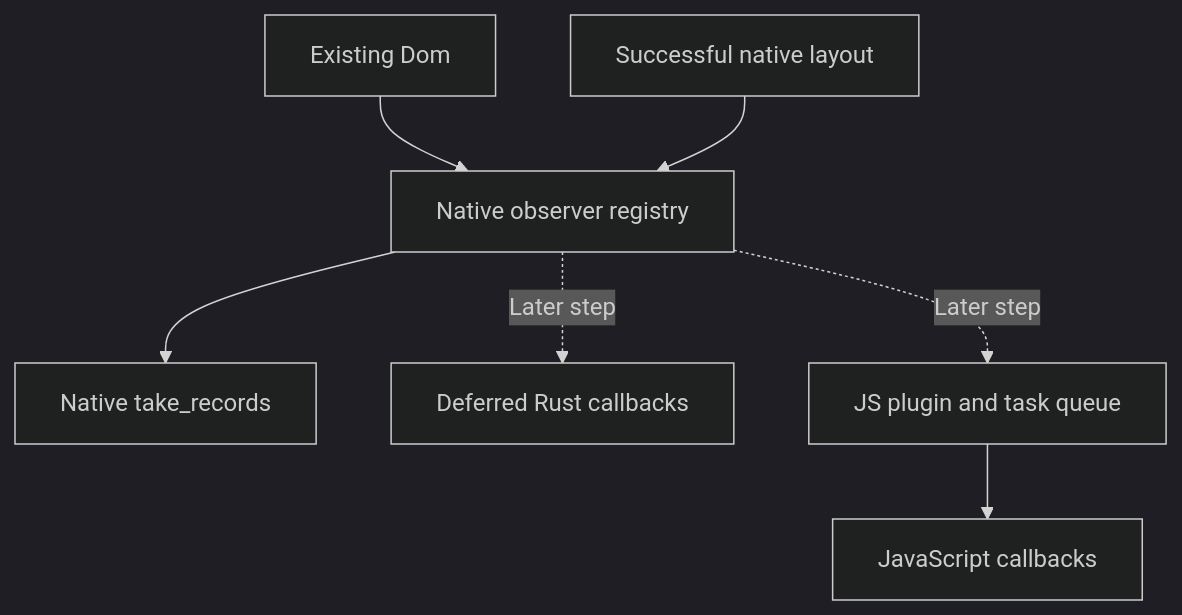
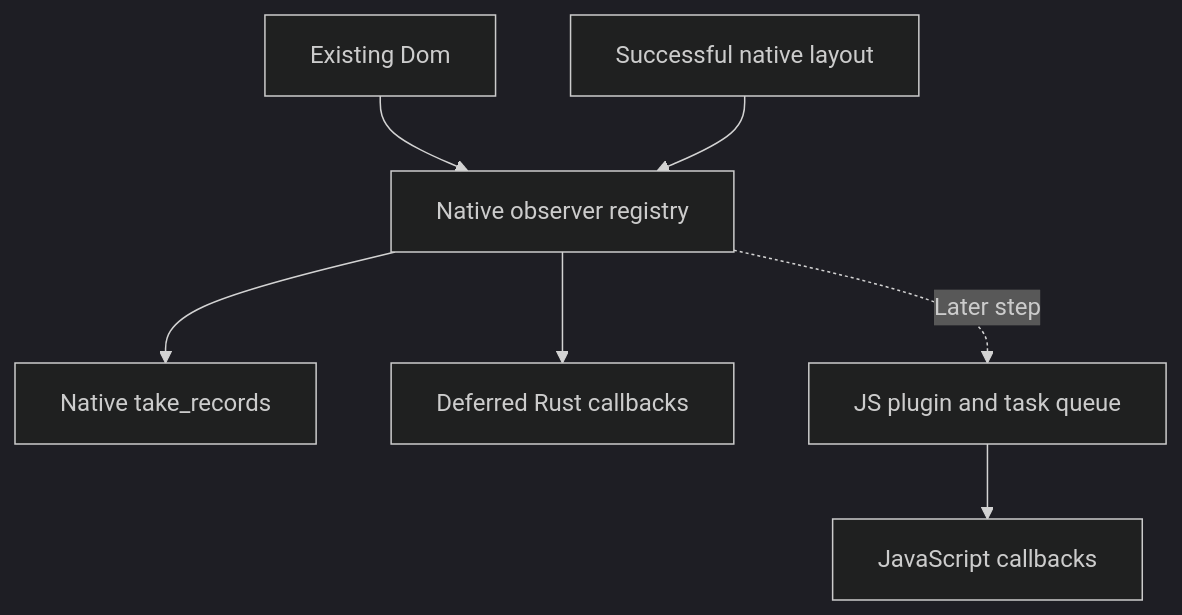
Before and after one commit to bloodnighttw/burokku: the diagram in docs/resize_observer_proposal.md, drawn with Mermaid (dark theme). The commit also changed other lines of this file and 6 other files, not shown here.

Commit message:
feat(ui): add deferred native resize callbacks and host wakeups

````diff
--- a/docs/resize_observer_proposal.md
+++ b/docs/resize_observer_proposal.md
@@ -112,9 +125,9 @@
 ```mermaid
 flowchart TD
     Dom[Existing Dom] --> Registry[Native observer registry]
     Layout[Successful native layout] --> Registry
     Registry --> Records[Native take_records]
-    Registry -. Later step .-> Native[Deferred Rust callbacks]
+    Registry --> Native[Deferred Rust callbacks]
     Registry -. Later step .-> Plugin[JS plugin and task queue]
     Plugin --> JS[JavaScript callbacks]
 ```
````
